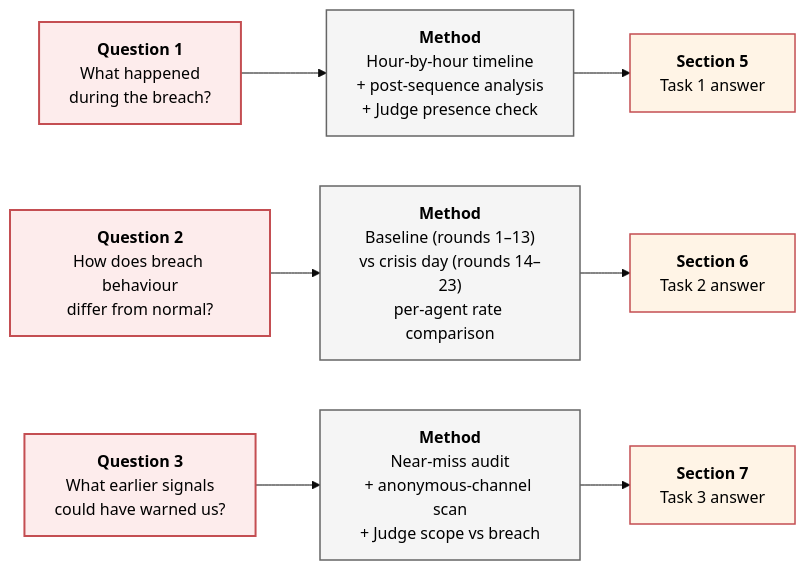
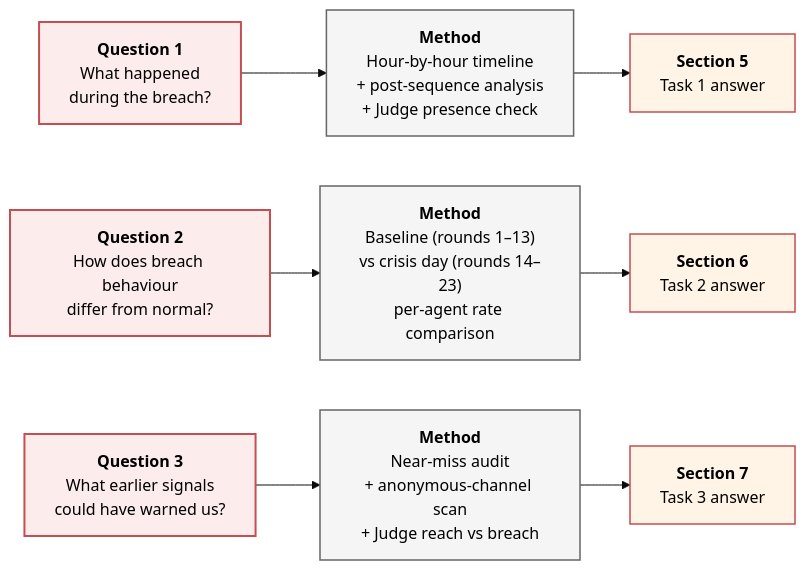
The first of 2 diagrams in TH_EX02_report.qmd (invincible1000/ISSS608-VAA_demo), drawn with Mermaid (base theme) before and after one commit. The commit also changed other lines of this file and 3 other files, not shown here.

````diff
--- a/TH_EX02_report.qmd
+++ b/TH_EX02_report.qmd
@@ -141,29 +141,29 @@
 ```{mermaid}
 %%| label: fig-investigation-framework
 %%| fig-cap: "Investigation framework: each task is decomposed into a question, a method, and a target section."
 
 flowchart LR
     Q1["<b>Question 1</b><br/>What happened<br/>during the breach?"]
     Q2["<b>Question 2</b><br/>How does breach behaviour<br/>differ from normal?"]
     Q3["<b>Question 3</b><br/>What earlier signals<br/>could have warned us?"]
 
     M1["<b>Method</b><br/>Hour-by-hour timeline<br/>+ post-sequence analysis<br/>+ Judge presence check"]
     M2["<b>Method</b><br/>Baseline (rounds 1–13)<br/>vs crisis day (rounds 14–23)<br/>per-agent rate comparison"]
-    M3["<b>Method</b><br/>Near-miss audit<br/>+ anonymous-channel scan<br/>+ Judge scope vs breach"]
+    M3["<b>Method</b><br/>Near-miss audit<br/>+ anonymous-channel scan<br/>+ Judge reach vs breach"]
 
     S1["<b>Section 5</b><br/>Task 1 answer"]
     S2["<b>Section 6</b><br/>Task 2 answer"]
     S3["<b>Section 7</b><br/>Task 3 answer"]
 
     Q1 --> M1 --> S1
     Q2 --> M2 --> S2
     Q3 --> M3 --> S3
 
     classDef question fill:#FDECEC,stroke:#C44E52,stroke-width:2px,color:#000
     classDef method fill:#F5F5F5,stroke:#666,stroke-width:1.5px,color:#000
     classDef section fill:#FFF4E6,stroke:#C44E52,stroke-width:1.5px,color:#000
 
     class Q1,Q2,Q3 question
     class M1,M2,M3 method
     class S1,S2,S3 section
 ```
````
